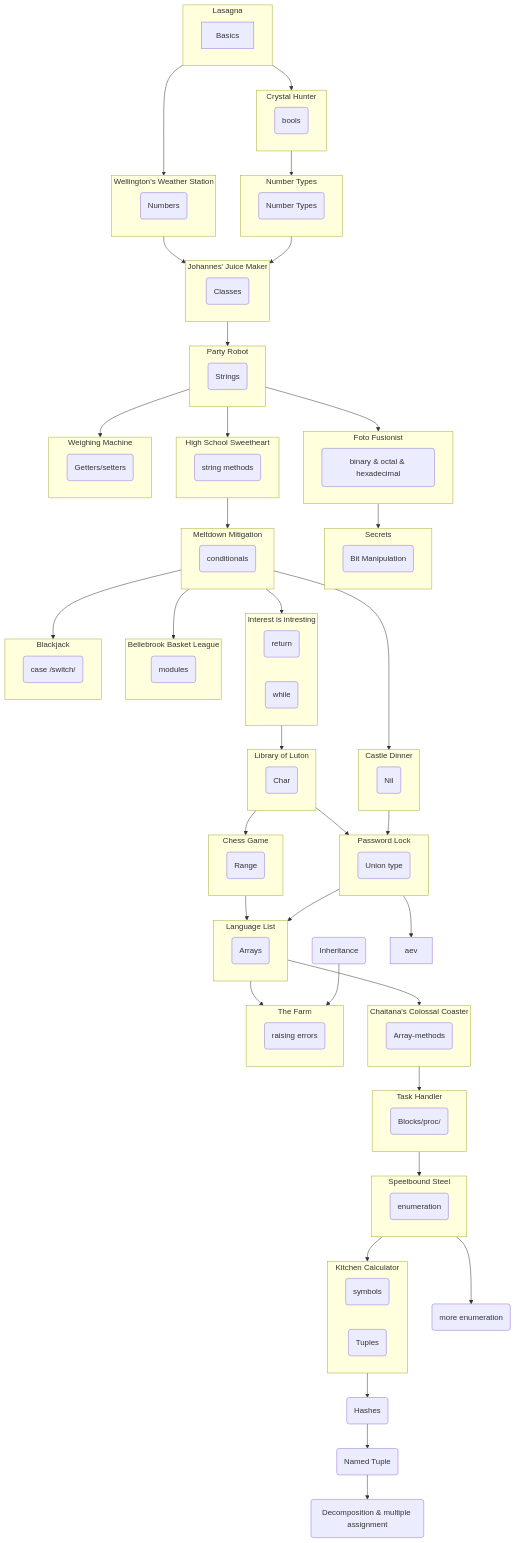
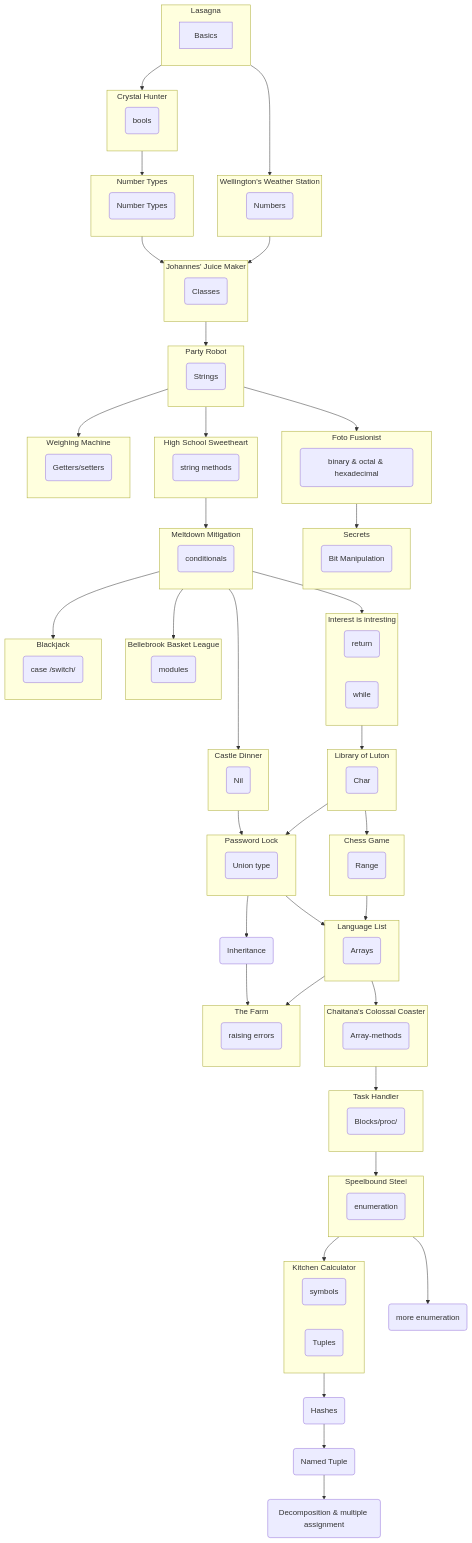
One commit to meatball133/crystal changed the diagram in misc/concept_tree.md. Above: the diagram before and after it, drawn with Mermaid.

Commit message:
Fix concept tree

````diff
--- a/misc/concept_tree.md
+++ b/misc/concept_tree.md
@@ -144,5 +144,5 @@
     z --> aa
     aa --> ab
     ae --> W
-    O --> aev
+    O --> ae
 ```
````
